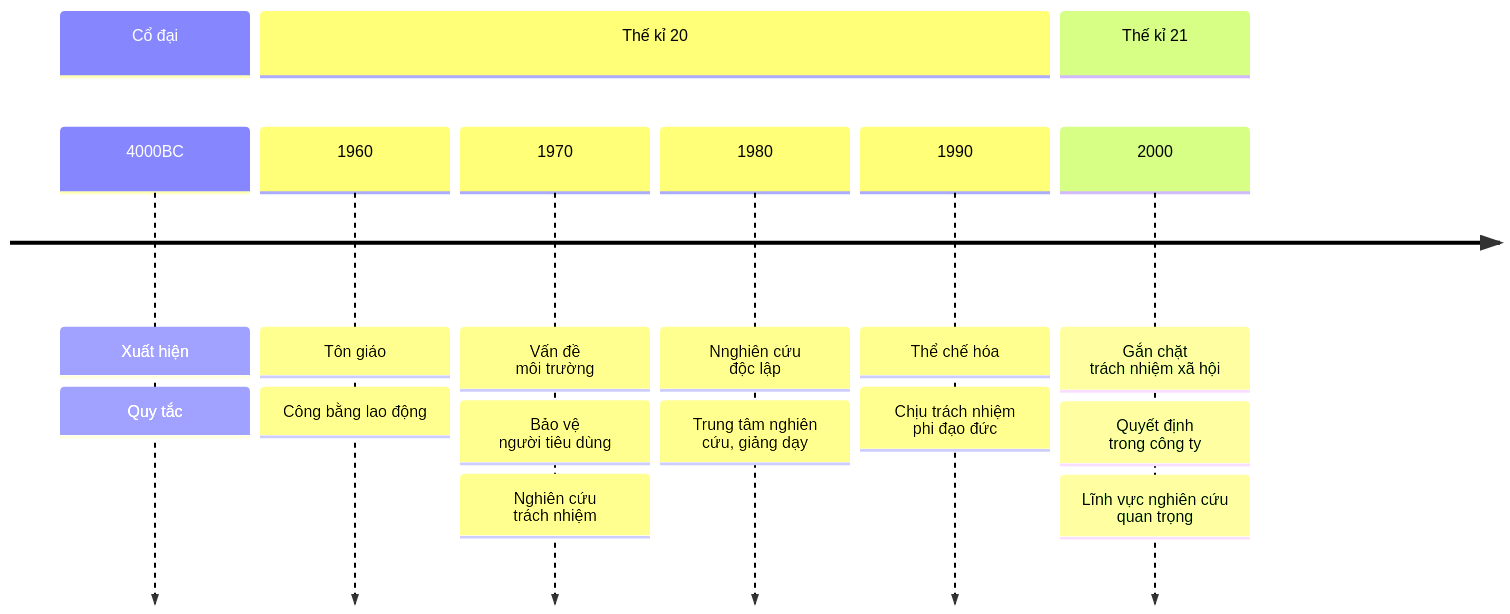
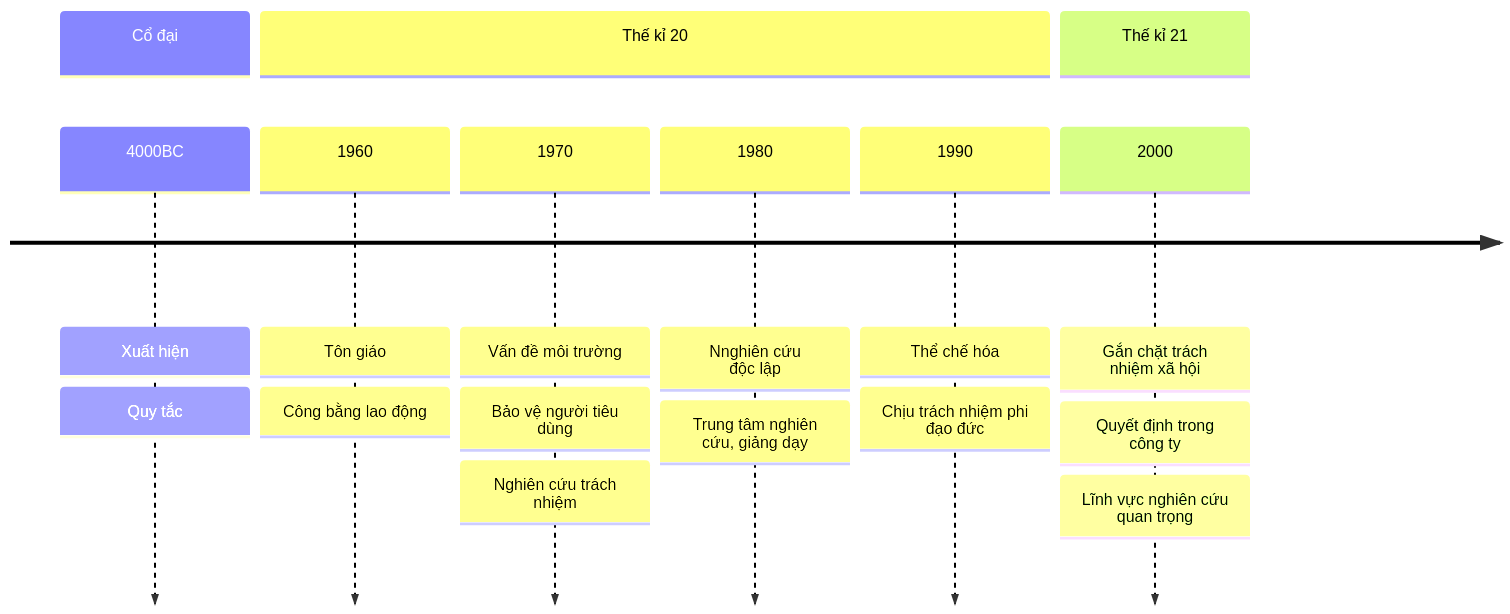
The tenth of 16 diagrams in src/site/notes/Studies/University/Year 1/T2/EM1180 - Business Culture and Entrepreneurship/Project/Summary - slides.md (FairyHmm/notes), drawn with Mermaid before and after one commit. The commit also changed other lines of this file, not shown here.

````diff
--- a/src/site/notes/Studies/University/Year 1/T2/EM1180 - Business Culture and Entrepreneurship/Project/Summary - slides.md
+++ b/src/site/notes/Studies/University/Year 1/T2/EM1180 - Business Culture and Entrepreneurship/Project/Summary - slides.md
@@ -527,20 +527,20 @@
 ```mermaid
 timeline
     section Cổ đại
 	    4000BC : Xuất hiện
 			   : Quy tắc
     section Thế kỉ 20
 	    1960 : Tôn giáo
 		     : Công bằng lao động
-	    1970 : Vấn đề<br>môi trường
-		     : Bảo vệ<br>người tiêu dùng
-		     : Nghiên cứu<br>trách nhiệm
+	    1970 : Vấn đề môi trường
+		     : Bảo vệ người tiêu dùng
+		     : Nghiên cứu trách nhiệm
 	    1980 : Nnghiên cứu<br>độc lập
 		     : Trung tâm nghiên cứu, giảng dạy
 	    1990 : Thể chế hóa
-		     : Chịu trách nhiệm<br>phi đạo đức
+		     : Chịu trách nhiệm phi đạo đức
 	section Thế kỉ 21
-	    2000 : Gắn chặt<br>trách nhiệm xã hội
-		     : Quyết định<br>trong công ty
-		     : Lĩnh vực nghiên cứu<br>quan trọng
+	    2000 : Gắn chặt trách nhiệm xã hội
+		     : Quyết định trong công ty
+		     : Lĩnh vực nghiên cứu quan trọng
 ```
````
